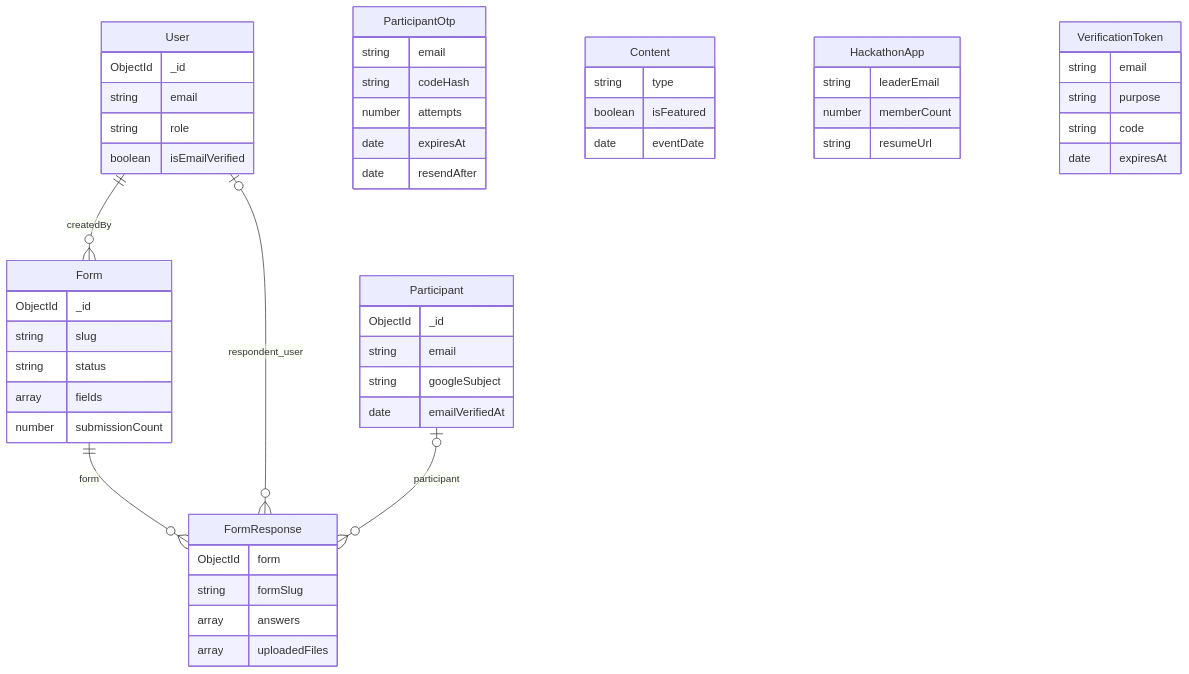
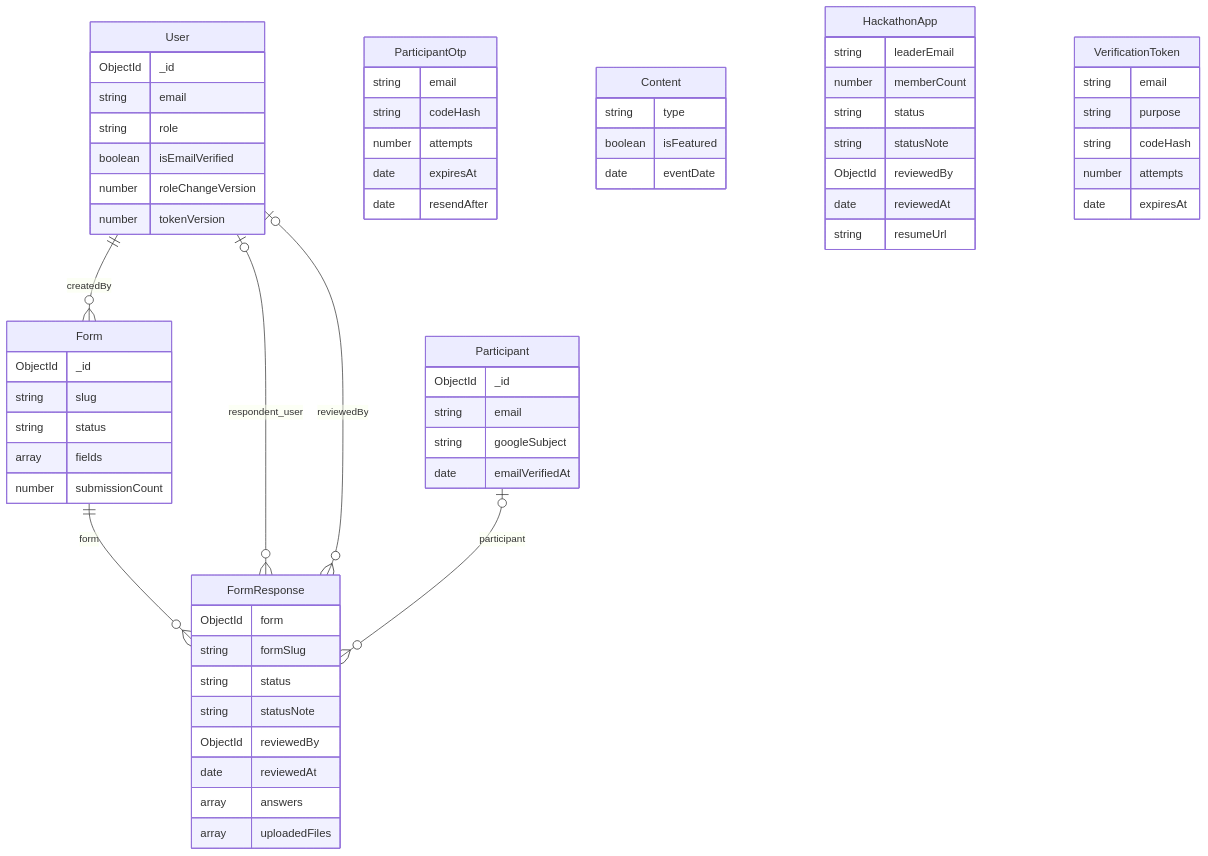
Before and after one commit to GDGonCampusPAU/GDG-On-Campus-Web: the diagram in documents/DATABASE.md, drawn with Mermaid. The commit also changed other lines of this file and 7 other files, not shown here.

````diff
--- a/documents/DATABASE.md
+++ b/documents/DATABASE.md
@@ -15,55 +11,67 @@
 ```mermaid
 erDiagram
     User ||--o{ Form : createdBy
     Form ||--o{ FormResponse : form
     User o|--o{ FormResponse : respondent_user
+    User o|--o{ FormResponse : reviewedBy
     Participant o|--o{ FormResponse : participant
     Participant {
         ObjectId _id
         string email
         string googleSubject
         date emailVerifiedAt
     }
     ParticipantOtp {
         string email
         string codeHash
         number attempts
         date expiresAt
         date resendAfter
     }
     User {
         ObjectId _id
         string email
         string role
         boolean isEmailVerified
+        number roleChangeVersion
+        number tokenVersion
     }
     Form {
         ObjectId _id
         string slug
         string status
         array fields
         number submissionCount
     }
     FormResponse {
         ObjectId form
         string formSlug
+        string status
+        string statusNote
+        ObjectId reviewedBy
+        date reviewedAt
         array answers
         array uploadedFiles
     }
     Content {
         string type
         boolean isFeatured
         date eventDate
     }
     HackathonApp {
         string leaderEmail
         number memberCount
+        string status
+        string statusNote
+        ObjectId reviewedBy
+        date reviewedAt
         string resumeUrl
     }
     VerificationToken {
         string email
         string purpose
-        string code
+        string codeHash
+        number attempts
         date expiresAt
     }
 ```
````
